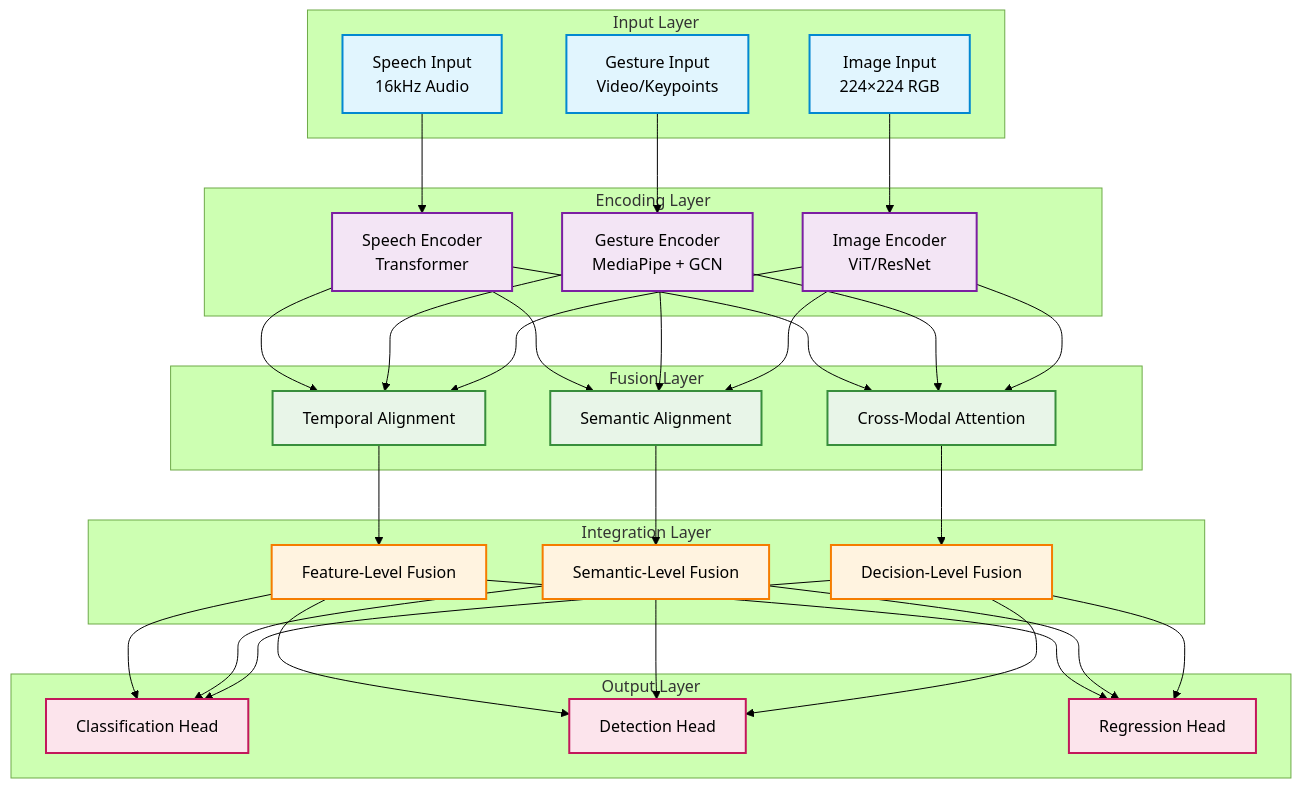
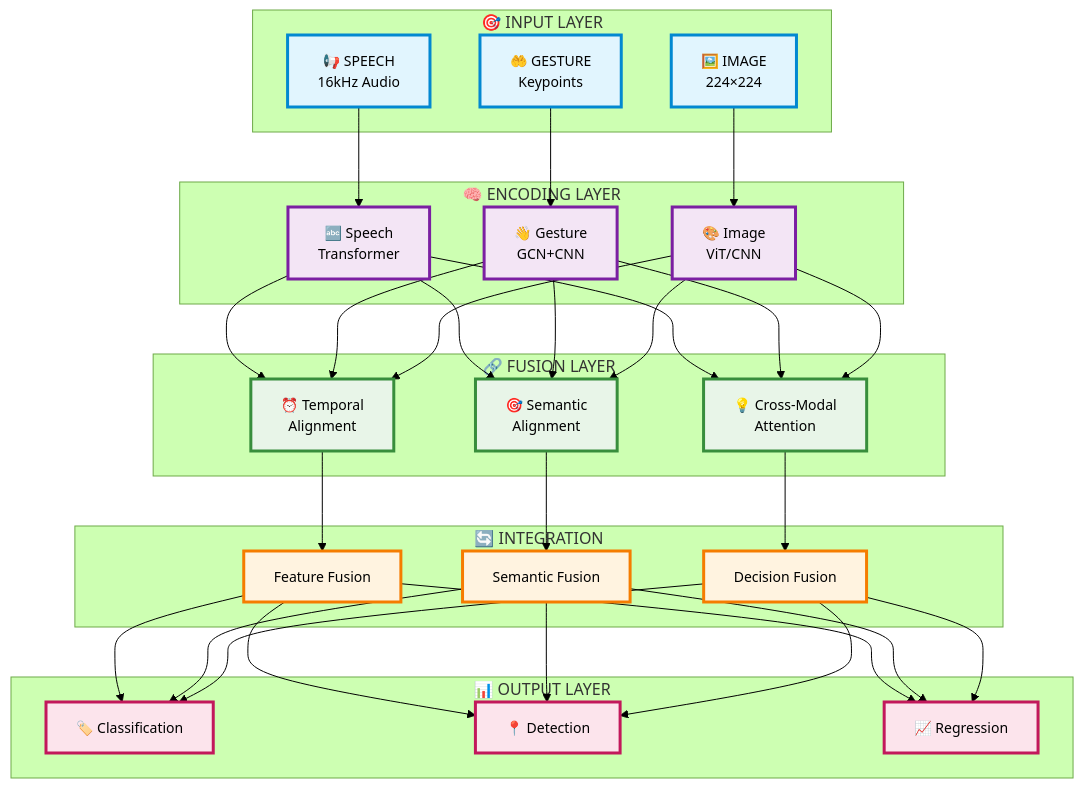
The first of 2 diagrams in README.md (Nathanielneil/TriModalFusion), drawn with Mermaid (forest theme) before and after one commit. The commit also changed other lines of this file, not shown here.

Commit message:
Improve diagram readability and font sizes
- Increase font sizes for better visibility (14px-16px)
- Add emoji icons for visual clarity and identification
- Simplify text labels to reduce clutter
- Use uppercase labels for subgraph titles
- Enhance stroke width and contrast
- Make node text bold for better readability
- Optimize for GitHub rendering and accessibility

````diff
--- a/README.md
+++ b/README.md
@@ -85,76 +85,76 @@
 ```mermaid
 graph TB
-    subgraph "Input Layer"
-        A1[Speech Input<br/>16kHz Audio]
-        A2[Gesture Input<br/>Video/Keypoints]
-        A3[Image Input<br/>224×224 RGB]
+    subgraph INPUT ["🎯 INPUT LAYER"]
+        A1["📢 SPEECH<br/>16kHz Audio"]
+        A2["🤲 GESTURE<br/>Keypoints"]
+        A3["🖼️ IMAGE<br/>224×224"]
     end
     
-    subgraph "Encoding Layer"
-        B1[Speech Encoder<br/>Transformer]
-        B2[Gesture Encoder<br/>MediaPipe + GCN]
-        B3[Image Encoder<br/>ViT/ResNet]
+    subgraph ENCODE ["🧠 ENCODING LAYER"]
+        B1["🔤 Speech<br/>Transformer"]
+        B2["👋 Gesture<br/>GCN+CNN"]
+        B3["🎨 Image<br/>ViT/CNN"]
     end
     
-    subgraph "Fusion Layer"
-        C1[Temporal Alignment]
-        C2[Semantic Alignment]
-        C3[Cross-Modal Attention]
+    subgraph FUSION ["🔗 FUSION LAYER"]
+        C1["⏰ Temporal<br/>Alignment"]
+        C2["🎯 Semantic<br/>Alignment"]
+        C3["💡 Cross-Modal<br/>Attention"]
     end
     
-    subgraph "Integration Layer"
-        D1[Feature-Level Fusion]
-        D2[Semantic-Level Fusion]
-        D3[Decision-Level Fusion]
+    subgraph INTEGRATE ["🔄 INTEGRATION"]
+        D1["Feature Fusion"]
+        D2["Semantic Fusion"]
+        D3["Decision Fusion"]
     end
     
-    subgraph "Output Layer"
-        E1[Classification Head]
-        E2[Detection Head]
-        E3[Regression Head]
+    subgraph OUTPUT ["📊 OUTPUT LAYER"]
+        E1["🏷️ Classification"]
+        E2["📍 Detection"]
+        E3["📈 Regression"]
     end
     
     A1 --> B1
     A2 --> B2
     A3 --> B3
     
     B1 --> C1
     B2 --> C1
     B3 --> C1
     
     B1 --> C2
     B2 --> C2
     B3 --> C2
     
     B1 --> C3
     B2 --> C3
     B3 --> C3
     
     C1 --> D1
     C2 --> D2
     C3 --> D3
     
     D1 --> E1
     D2 --> E1
     D3 --> E1
     
     D1 --> E2
     D2 --> E2
     D3 --> E2
     
     D1 --> E3
     D2 --> E3
     D3 --> E3
     
-    classDef inputStyle fill:#e1f5fe,stroke:#0288d1,stroke-width:2px
-    classDef encoderStyle fill:#f3e5f5,stroke:#7b1fa2,stroke-width:2px
-    classDef fusionStyle fill:#e8f5e8,stroke:#388e3c,stroke-width:2px
-    classDef integrationStyle fill:#fff3e0,stroke:#f57c00,stroke-width:2px
-    classDef outputStyle fill:#fce4ec,stroke:#c2185b,stroke-width:2px
+    classDef inputStyle fill:#e1f5fe,stroke:#0288d1,stroke-width:3px,font-size:14px
+    classDef encoderStyle fill:#f3e5f5,stroke:#7b1fa2,stroke-width:3px,font-size:14px
+    classDef fusionStyle fill:#e8f5e8,stroke:#388e3c,stroke-width:3px,font-size:14px
+    classDef integrationStyle fill:#fff3e0,stroke:#f57c00,stroke-width:3px,font-size:14px
+    classDef outputStyle fill:#fce4ec,stroke:#c2185b,stroke-width:3px,font-size:14px
     
     class A1,A2,A3 inputStyle
     class B1,B2,B3 encoderStyle
     class C1,C2,C3 fusionStyle
     class D1,D2,D3 integrationStyle
     class E1,E2,E3 outputStyle
 ```
````
